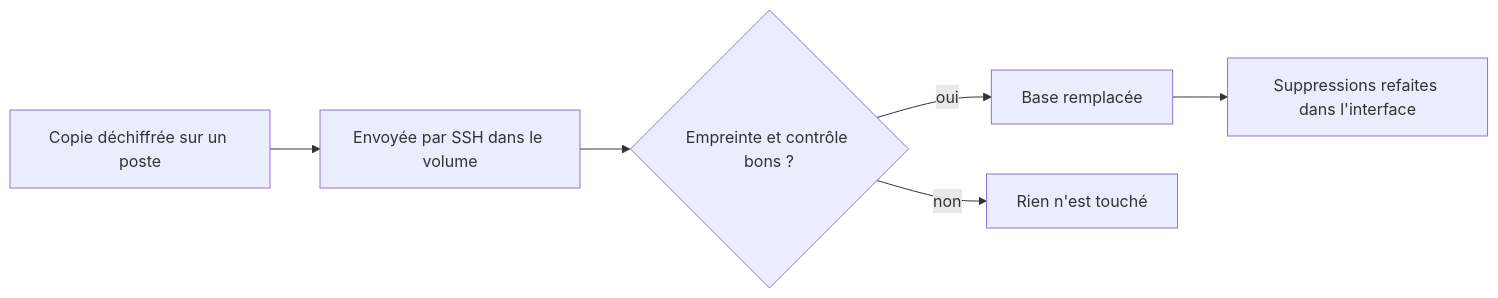
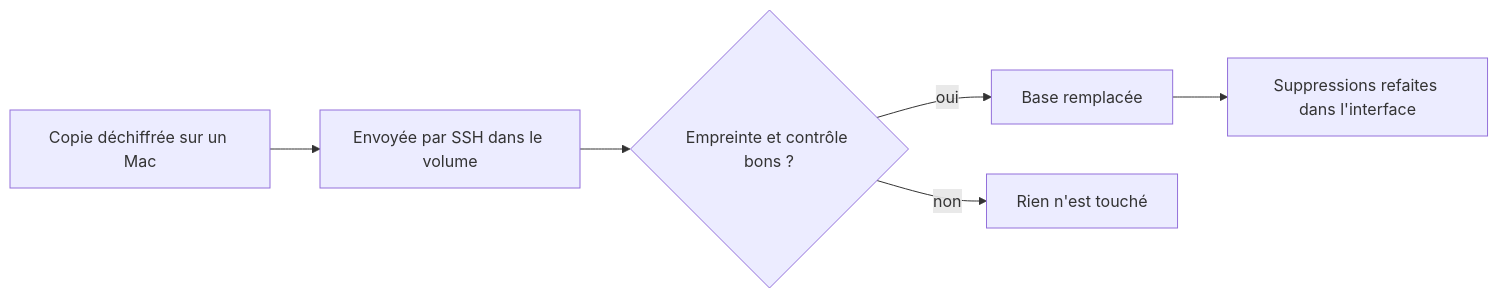
One commit to design-cpu/yeita-recrutement changed the second of 2 diagrams in hlyja/technique/decisions.humain.md. Above: the diagram before and after it, drawn with Mermaid. The commit also changed other lines of this file and 29 other files, not shown here.

````diff
--- a/hlyja/technique/decisions.humain.md
+++ b/hlyja/technique/decisions.humain.md
@@ -85,8 +88,8 @@
 ```mermaid
 flowchart LR
-  A[Copie déchiffrée sur un poste] --> B[Envoyée par SSH dans le volume]
+  A[Copie déchiffrée sur un Mac] --> B[Envoyée par SSH dans le volume]
   B --> C{Empreinte et contrôle bons ?}
   C -- oui --> D[Base remplacée]
   C -- non --> E[Rien n'est touché]
   D --> F[Suppressions refaites dans l'interface]
 ```
````
